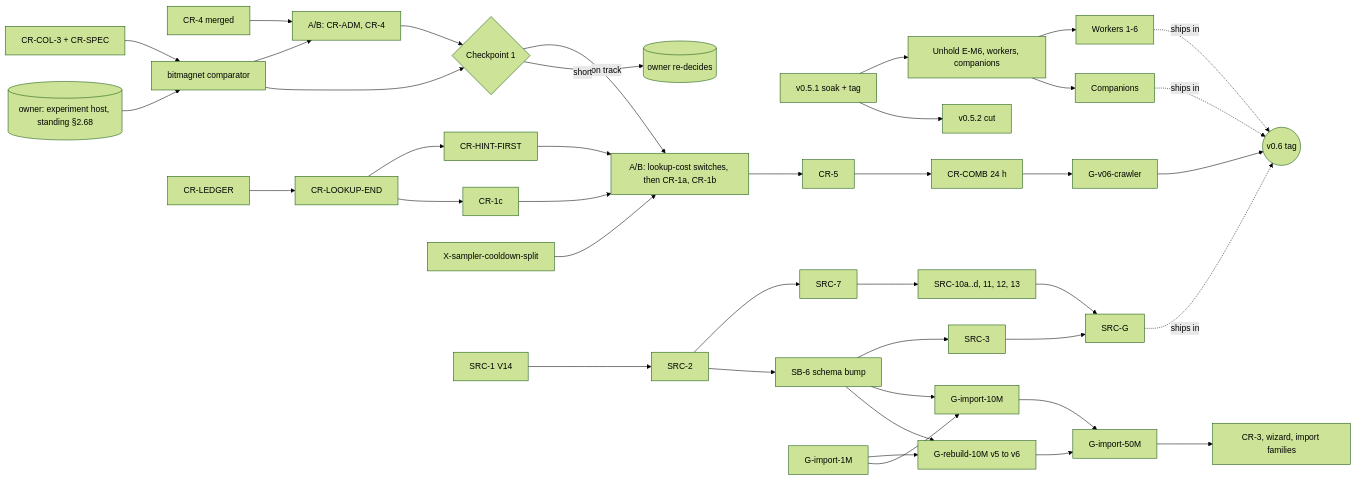
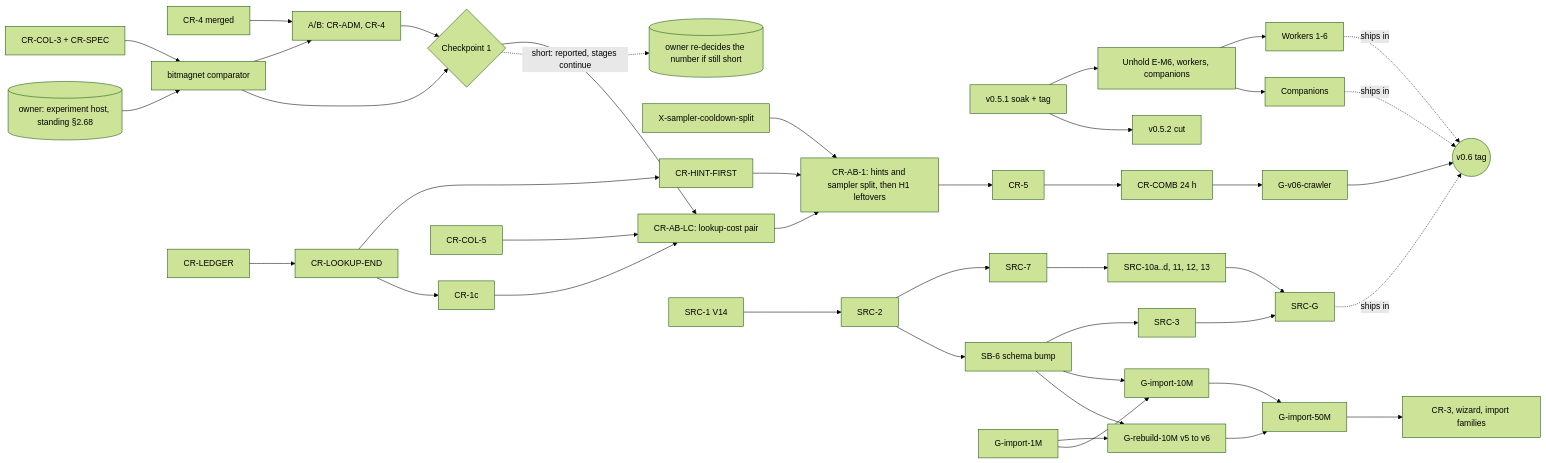
One commit to dvortsis/lodestar-v2 changed the diagram in docs/build-plan.md. Above: the diagram before and after it, drawn with Mermaid (forest theme). The commit also changed other lines of this file and 4 other files, not shown here.

First line of the commit message:
Amend CR-SPEC's design for faster crawler A/B stages (r5.1)

````diff
--- a/docs/build-plan.md
+++ b/docs/build-plan.md
@@ -402,31 +416,32 @@
 ```mermaid
 flowchart LR
   R[v0.5.1 soak + tag] --> EP[Unhold E-M6, workers, companions]
   R --> V52[v0.5.2 cut]
   CR4[CR-4 merged] --> AB[A/B: CR-ADM, CR-4]
   TOOL[CR-COL-3 + CR-SPEC] --> COMP
   HOST[(owner: experiment host, standing §2.68)] --> COMP[bitmagnet comparator]
   COMP --> AB
   COMP --> CP1{Checkpoint 1}
   AB --> CP1
   LEDGER[CR-LEDGER] --> LEND[CR-LOOKUP-END] --> HINT[CR-HINT-FIRST]
   LEND --> C1C[CR-1c]
   SPLIT[X-sampler-cooldown-split]
+  COL5[CR-COL-5] --> LC
+  C1C --> LC
   HINT --> AB2
-  C1C --> AB2
   SPLIT --> AB2
-  CP1 -->|on track| AB2[A/B: lookup-cost switches, then CR-1a, CR-1b] --> T5[CR-5] --> COMB[CR-COMB 24 h] --> G6C[G-v06-crawler]
-  CP1 -->|short| OWN[(owner re-decides)]
+  CP1 --> LC[CR-AB-LC: lookup-cost pair] --> AB2[CR-AB-1: hints and sampler split, then H1 leftovers] --> T5[CR-5] --> COMB[CR-COMB 24 h] --> G6C[G-v06-crawler]
+  CP1 -.->|short: reported, stages continue| OWN[(owner re-decides the number if still short)]
   SRC1[SRC-1 V14] --> SRC2[SRC-2] --> SRC7[SRC-7]
   SRC7 --> SRC10[SRC-10a..d, 11, 12, 13] --> SRCG[SRC-G]
   SRC2 --> SB6[SB-6 schema bump] --> SRC3[SRC-3] --> SRCG
   SB6 --> I10[G-import-10M]
   SB6 --> RB10[G-rebuild-10M v5 to v6]
   I1 --> RB10
   RB10 --> I50
   I1[G-import-1M] --> I10 --> I50[G-import-50M] --> CR3[CR-3, wizard, import families]
   EP --> W[Workers 1-6] -.ships in.-> V06
   G6C --> V06((v0.6 tag))
   SRCG -.ships in.-> V06
   EP --> K[Companions] -.ships in.-> V06
 ```
````
